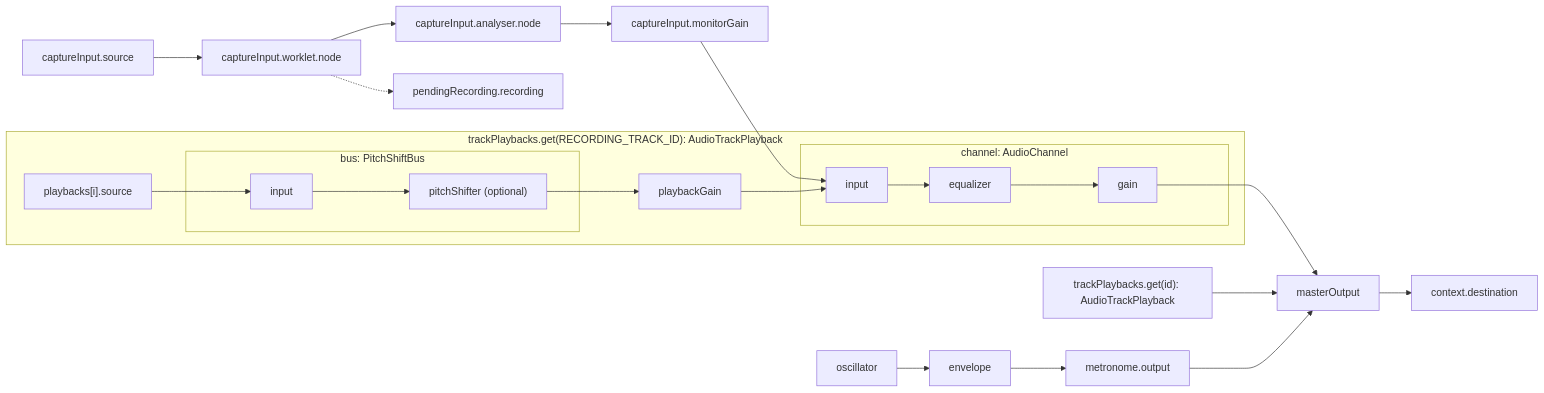
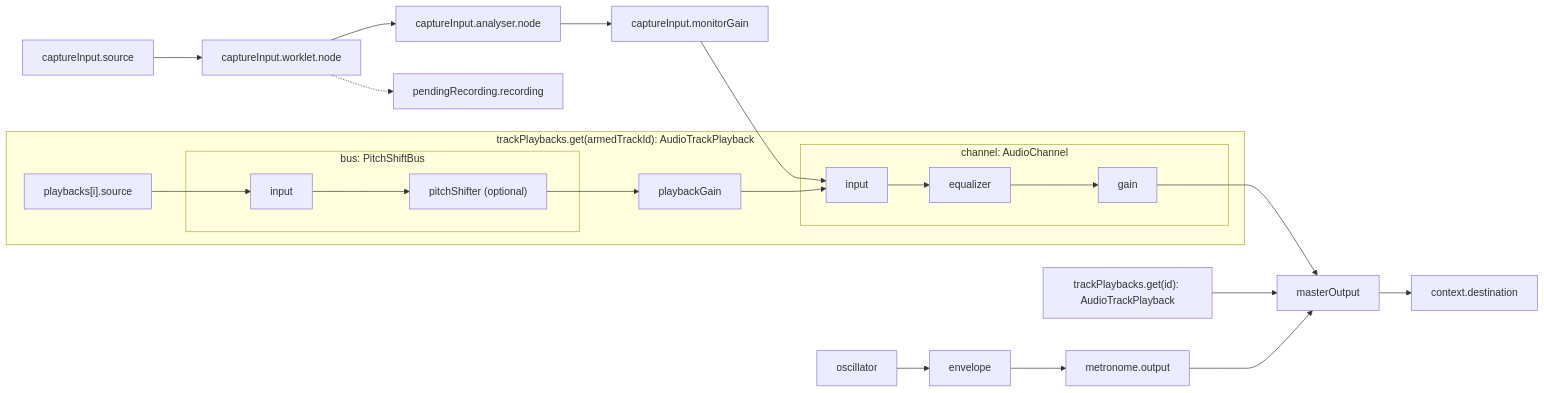
The diagram in src/lib/recorder/README.md (hi-ogawa/toy-midi), drawn with Mermaid before and after one commit. The commit also changed other lines of this file and 10 other files, not shown here.

First line of the commit message:
refactor: unify recorder track ownership behind an armed track id

````diff
--- a/src/lib/recorder/README.md
+++ b/src/lib/recorder/README.md
@@ -5,28 +5,28 @@
 ```mermaid
 flowchart LR
     captureSource["captureInput.source"] --> captureWorklet["captureInput.worklet.node"]
     captureWorklet -.-> recording["pendingRecording.recording"]
     captureWorklet --> analyser["captureInput.analyser.node"]
     analyser --> monitorGain["captureInput.monitorGain"]
     monitorGain --> captureInput
 
-    subgraph captureTrack["trackPlaybacks.get(RECORDING_TRACK_ID): AudioTrackPlayback"]
+    subgraph captureTrack["trackPlaybacks.get(armedTrackId): AudioTrackPlayback"]
         takeSource["playbacks[i].source"] --> takeBusInput
         subgraph takePitchShiftBus["bus: PitchShiftBus"]
             takeBusInput["input"] --> takePitchShifter["pitchShifter (optional)"]
         end
         takePitchShifter --> takePlaybackGain["playbackGain"]
         takePlaybackGain --> captureInput
         subgraph captureChannel["channel: AudioChannel"]
             captureInput["input"] --> captureEqualizer["equalizer"]
             captureEqualizer --> captureGain["gain"]
         end
     end
 
     captureGain --> masterOutput["masterOutput"]
     audioTrack["trackPlaybacks.get(id): AudioTrackPlayback"] --> masterOutput
     oscillator["oscillator"] --> envelope["envelope"]
     envelope --> metronomeOutput["metronome.output"]
     metronomeOutput --> masterOutput
     masterOutput --> destination["context.destination"]
 ```
````
